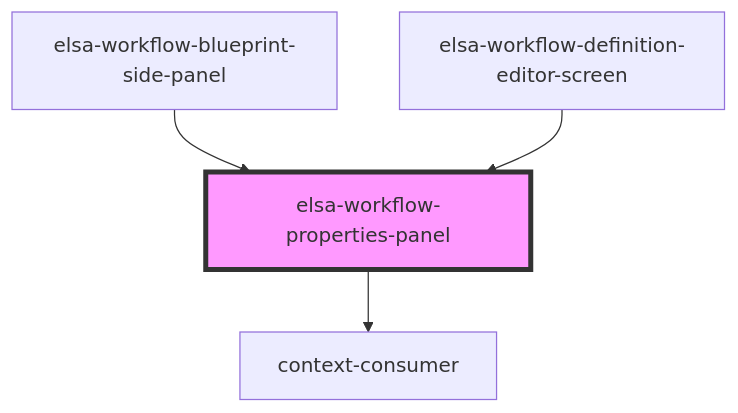
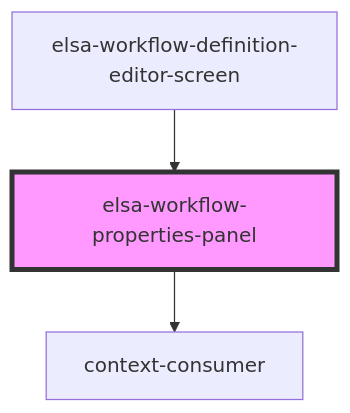
The diagram in src/designer/elsa-workflows-studio/src/components/screens/workflow-definition-editor/elsa-workflow-properties-panel/readme.md (elsa-workflows/elsa-core), drawn with Mermaid before and after one commit. The commit also changed other lines of this file and 17 other files, not shown here.

````diff
--- a/src/designer/elsa-workflows-studio/src/components/screens/workflow-definition-editor/elsa-workflow-properties-panel/readme.md
+++ b/src/designer/elsa-workflows-studio/src/components/screens/workflow-definition-editor/elsa-workflow-properties-panel/readme.md
@@ -30,7 +29,6 @@
 ```mermaid
 graph TD;
   elsa-workflow-properties-panel --> context-consumer
-  elsa-workflow-blueprint-side-panel --> elsa-workflow-properties-panel
   elsa-workflow-definition-editor-screen --> elsa-workflow-properties-panel
   style elsa-workflow-properties-panel fill:#f9f,stroke:#333,stroke-width:4px
 ```
````
